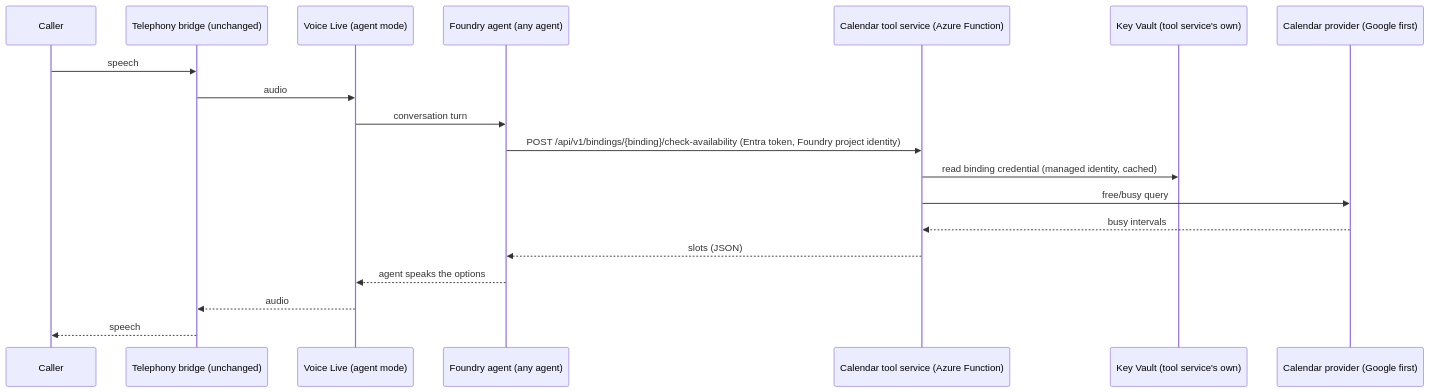
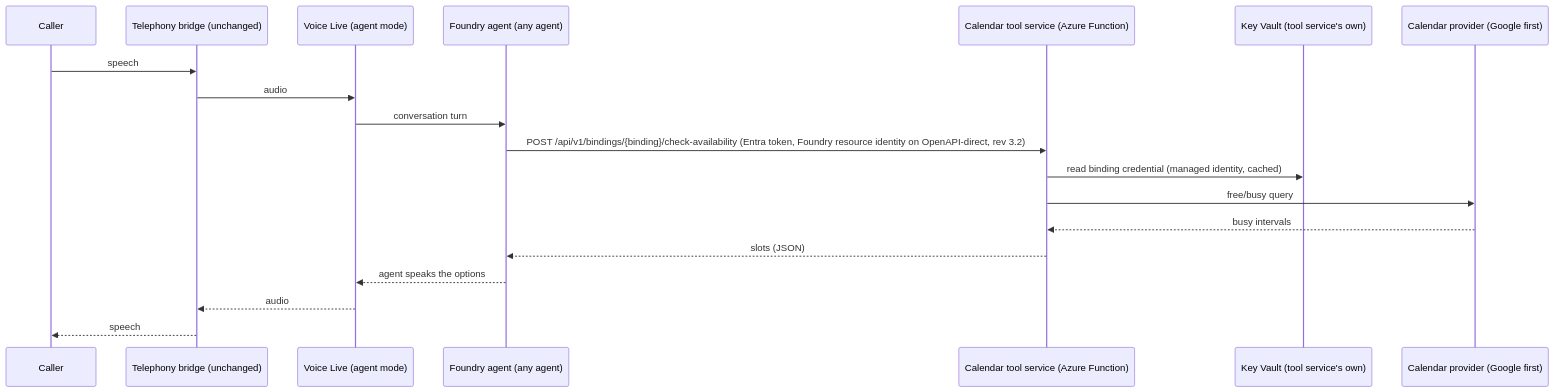
The diagram in docs/superpowers/specs/2026-09-29-calendar-booking-design.md (AmRaghuAkula/VoiceAgentPilot), drawn with Mermaid before and after one commit. The commit also changed other lines of this file and 4 other files, not shown here.

````diff
--- a/docs/superpowers/specs/2026-09-29-calendar-booking-design.md
+++ b/docs/superpowers/specs/2026-09-29-calendar-booking-design.md
@@ -60,21 +60,21 @@
 ```mermaid
 sequenceDiagram
     participant C as Caller
     participant B as Telephony bridge (unchanged)
     participant V as Voice Live (agent mode)
     participant F as Foundry agent (any agent)
     participant S as Calendar tool service (Azure Function)
     participant K as Key Vault (tool service's own)
     participant P as Calendar provider (Google first)
     C->>B: speech
     B->>V: audio
     V->>F: conversation turn
-    F->>S: POST /api/v1/bindings/{binding}/check-availability (Entra token, Foundry project identity)
+    F->>S: POST /api/v1/bindings/{binding}/check-availability (Entra token, Foundry resource identity on OpenAPI-direct, rev 3.2)
     S->>K: read binding credential (managed identity, cached)
     S->>P: free/busy query
     P-->>S: busy intervals
     S-->>F: slots (JSON)
     F-->>V: agent speaks the options
     V-->>B: audio
     B-->>C: speech
 ```
````
